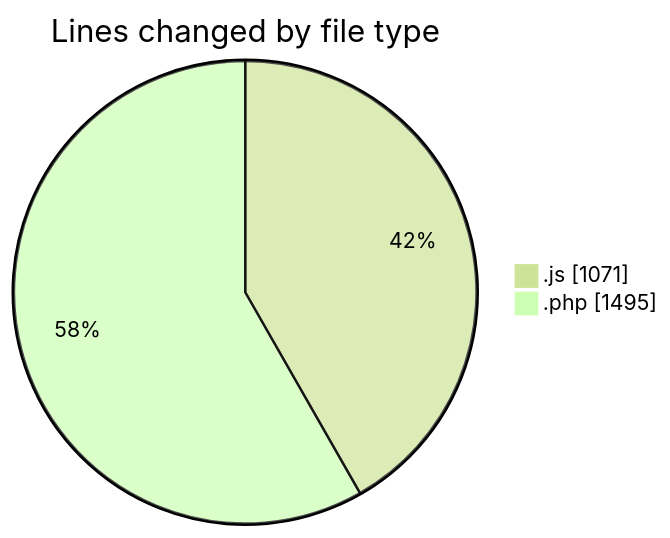
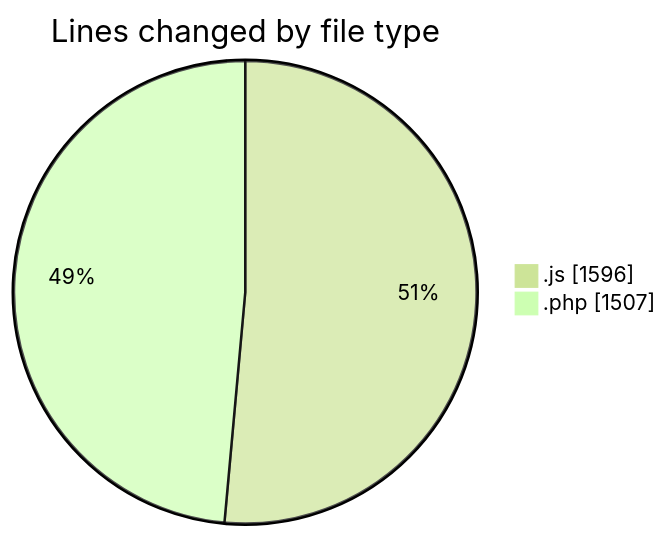
Before and after one commit to debugP/code-tracking: the first of 2 diagrams in 2026-07-22/wp-content/README.md, drawn with Mermaid (forest theme). The commit also changed other lines of this file and 1 other file, not shown here.

````diff
--- a/2026-07-22/wp-content/README.md
+++ b/2026-07-22/wp-content/README.md
@@ -22,6 +23,6 @@
 ```mermaid
 pie showData
 title Lines changed by file type
-".js" : 1071
-".php" : 1495
+".js" : 1596
+".php" : 1507
 ```
````
